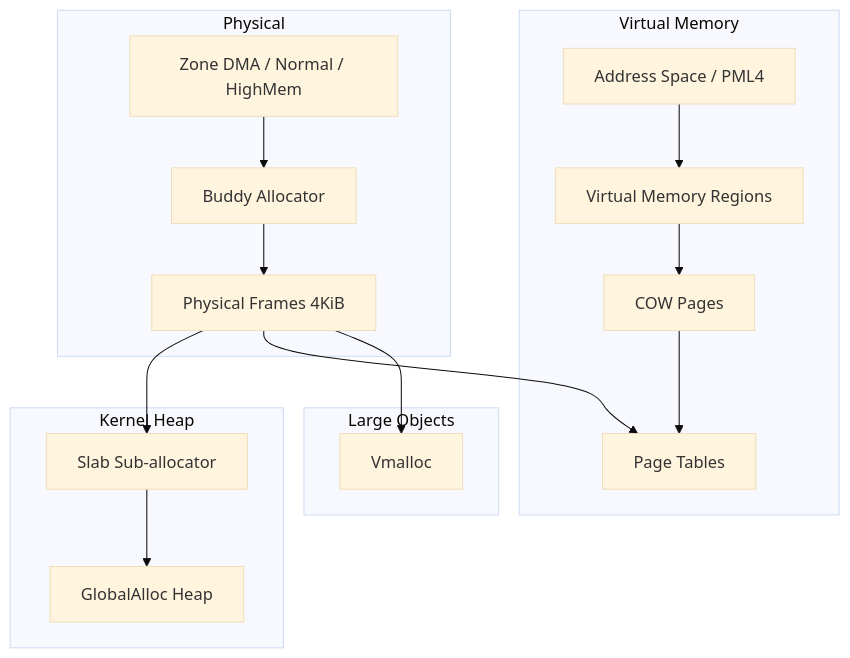
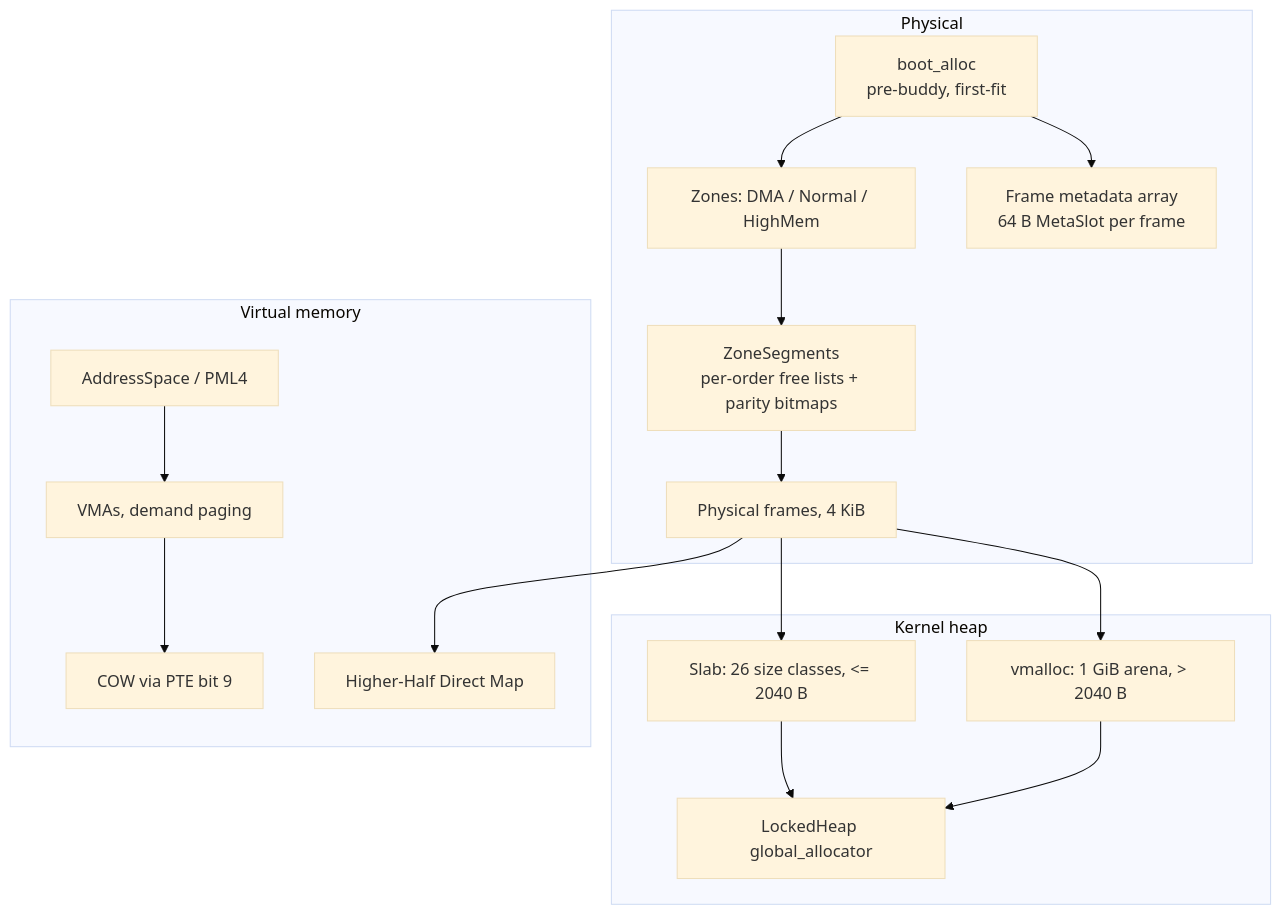
The diagram in docs-site/src/memory-model.md (ggielly/strat9-os), drawn with Mermaid (base theme) before and after one commit. The commit also changed other lines of this file and 70 other files, not shown here.

````diff
--- a/docs-site/src/memory-model.md
+++ b/docs-site/src/memory-model.md
@@ -9,34 +9,35 @@
 ```mermaid
 graph TB
     subgraph "Physical"
-        BUDDY[Buddy Allocator]
-        ZONES[Zone DMA / Normal / HighMem]
-        FRAMES[Physical Frames 4KiB]
+        BOOTALLOC[boot_alloc<br/>pre-buddy, first-fit]
+        ZONES[Zones: DMA / Normal / HighMem]
+        SEG[ZoneSegments<br/>per-order free lists + parity bitmaps]
+        META[Frame metadata array<br/>64 B MetaSlot per frame]
+        FRAMES[Physical frames, 4 KiB]
     end
 
-    subgraph "Kernel Heap"
-        SLAB[Slab Sub-allocator]
-        HEAP[GlobalAlloc Heap]
+    subgraph "Kernel heap"
+        SLAB[Slab: 26 size classes, <= 2040 B]
+        VMALLOC[vmalloc: 1 GiB arena, > 2040 B]
+        GLOBAL[LockedHeap global_allocator]
     end
 
-    subgraph "Virtual Memory"
-        AS[Address Space / PML4]
-        VMA[Virtual Memory Regions]
-        COW[COW Pages]
-        PAGING[Page Tables]
+    subgraph "Virtual memory"
+        AS[AddressSpace / PML4]
+        VMA[VMAs, demand paging]
+        COW[COW via PTE bit 9]
+        HHDM[Higher-Half Direct Map]
     end
 
-    subgraph "Large Objects"
-        VMALLOC[Vmalloc]
-    end
-
-    BUDDY --> FRAMES
-    ZONES --> BUDDY
+    BOOTALLOC --> ZONES
+    ZONES --> SEG
+    BOOTALLOC --> META
+    SEG --> FRAMES
     FRAMES --> SLAB
-    SLAB --> HEAP
-    FRAMES --> PAGING
+    FRAMES --> VMALLOC
+    SLAB --> GLOBAL
+    VMALLOC --> GLOBAL
     AS --> VMA
     VMA --> COW
-    COW --> PAGING
-    FRAMES --> VMALLOC
+    FRAMES --> HHDM
 ```
````
